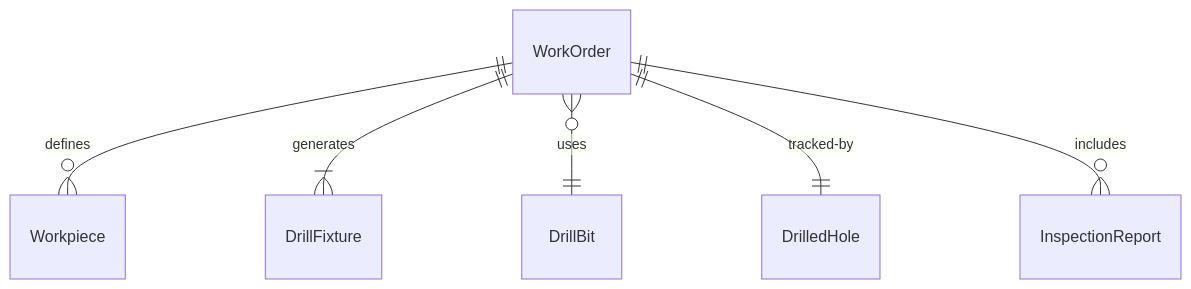
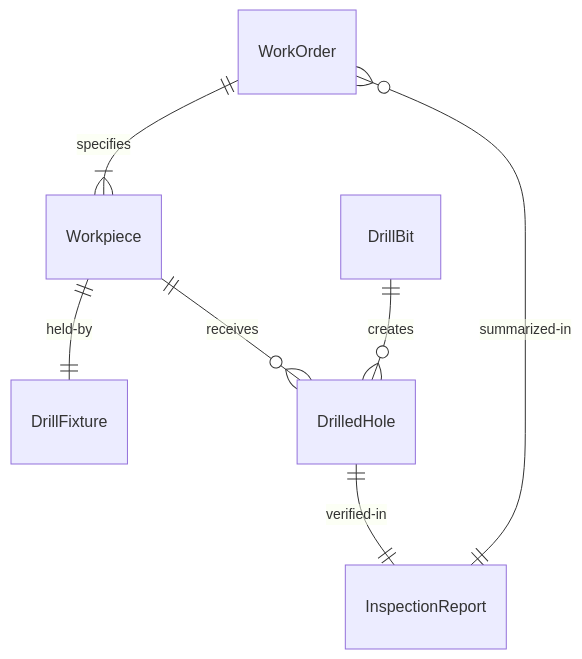
Before and after one commit to dot-org-ai/tasks.org.ai: the first of 4 diagrams in HandlingAndMovingObjects/DrillHolesInEarthOrMaterials/DrillHolesPartsEquipmentMaterials.mdx, drawn with Mermaid. The commit also changed other lines of this file and 515 other files, not shown here.

````diff
--- a/HandlingAndMovingObjects/DrillHolesInEarthOrMaterials/DrillHolesPartsEquipmentMaterials.mdx
+++ b/HandlingAndMovingObjects/DrillHolesInEarthOrMaterials/DrillHolesPartsEquipmentMaterials.mdx
@@ -88,8 +88,9 @@
 ```mermaid
 erDiagram
-    WorkOrder ||--o{ Workpiece : "defines"
-    WorkOrder ||--|{ DrillFixture : "generates"
-    WorkOrder }o--|| DrillBit : "uses"
-    WorkOrder ||--|| DrilledHole : "tracked-by"
-    WorkOrder ||--o{ InspectionReport : "includes"
+    WorkOrder ||--|{ Workpiece : "specifies"
+    Workpiece ||--|| DrillFixture : "held-by"
+    DrillBit ||--o{ DrilledHole : "creates"
+    Workpiece ||--o{ DrilledHole : "receives"
+    DrilledHole ||--|| InspectionReport : "verified-in"
+    WorkOrder }o--|| InspectionReport : "summarized-in"
 ```
````
